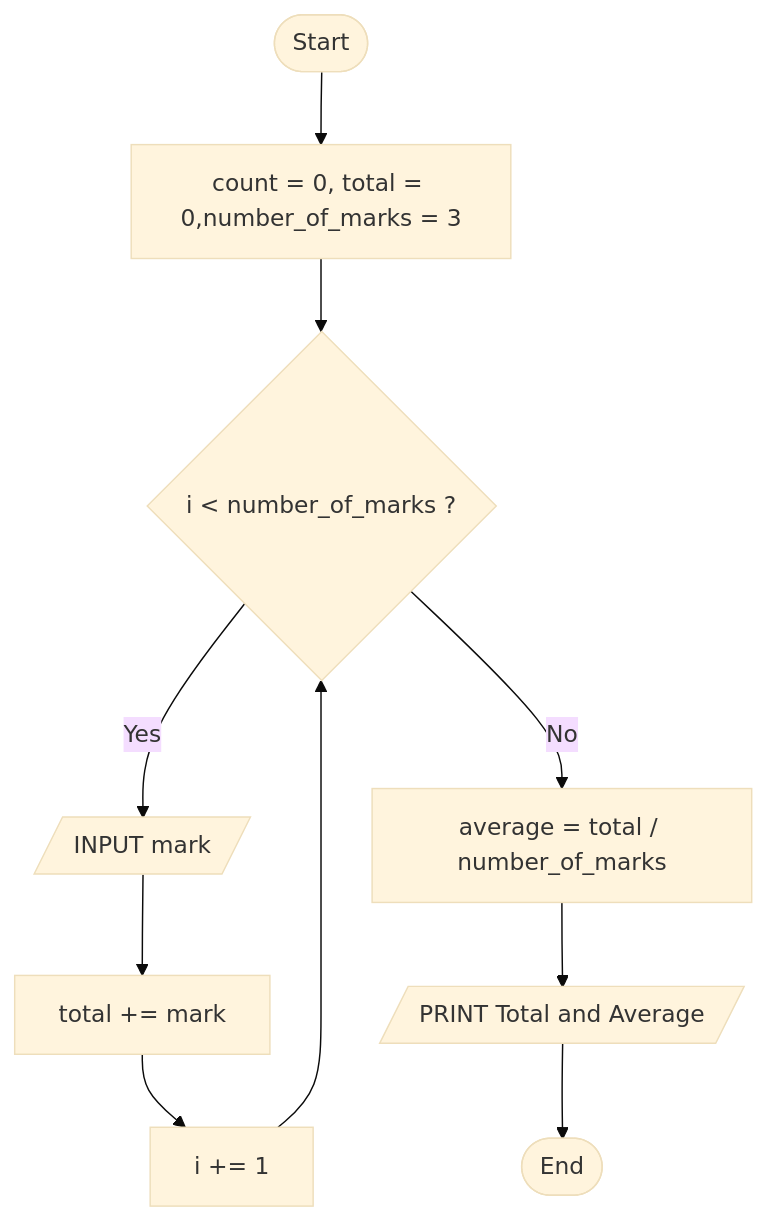
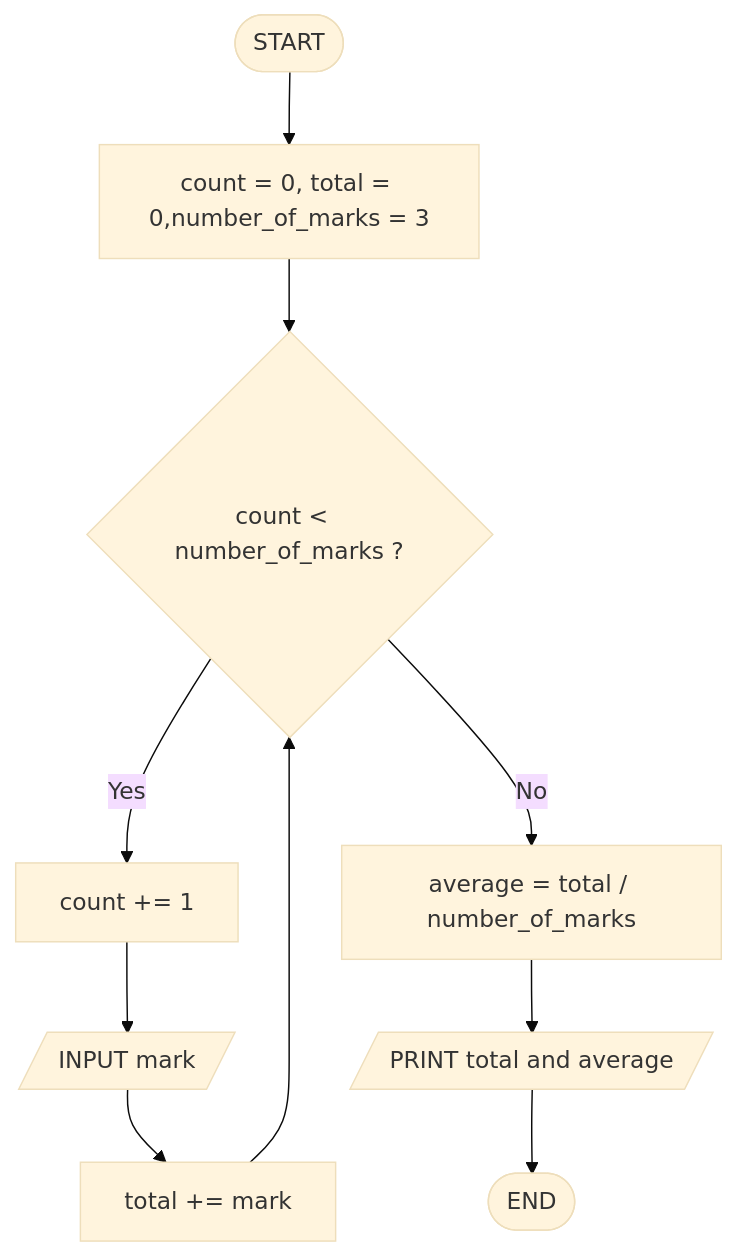
Before and after one commit to vovchanovsky/Workshop_Algorithm_Flowchart: the second of 3 diagrams in README.md, drawn with Mermaid (base theme). The commit also changed other lines of this file, not shown here.

````diff
--- a/README.md
+++ b/README.md
@@ -80,12 +79,12 @@
 ```mermaid
 flowchart TD
-    A([Start]) --> B[count = 0, total = 0,number_of_marks = 3]
-    B --> C{i <  number_of_marks ?}
-    C -->|Yes| D[/INPUT mark/]
-    D --> E[total += mark]
-    E --> F[i += 1]
+    A([START]) --> B[count = 0, total = 0,number_of_marks = 3]
+    B --> C{count <  number_of_marks ?}
+    C -->|Yes| D[count += 1]
+    D --> E[/INPUT mark/]
+    E --> F[total += mark]
     F --> C
     C -->|No| G[average = total / number_of_marks]
-    G --> H[/PRINT Total and Average/]
-    H --> I([End])
+    G --> H[/PRINT total and average/]
+    H --> I([END])
 ```
````
